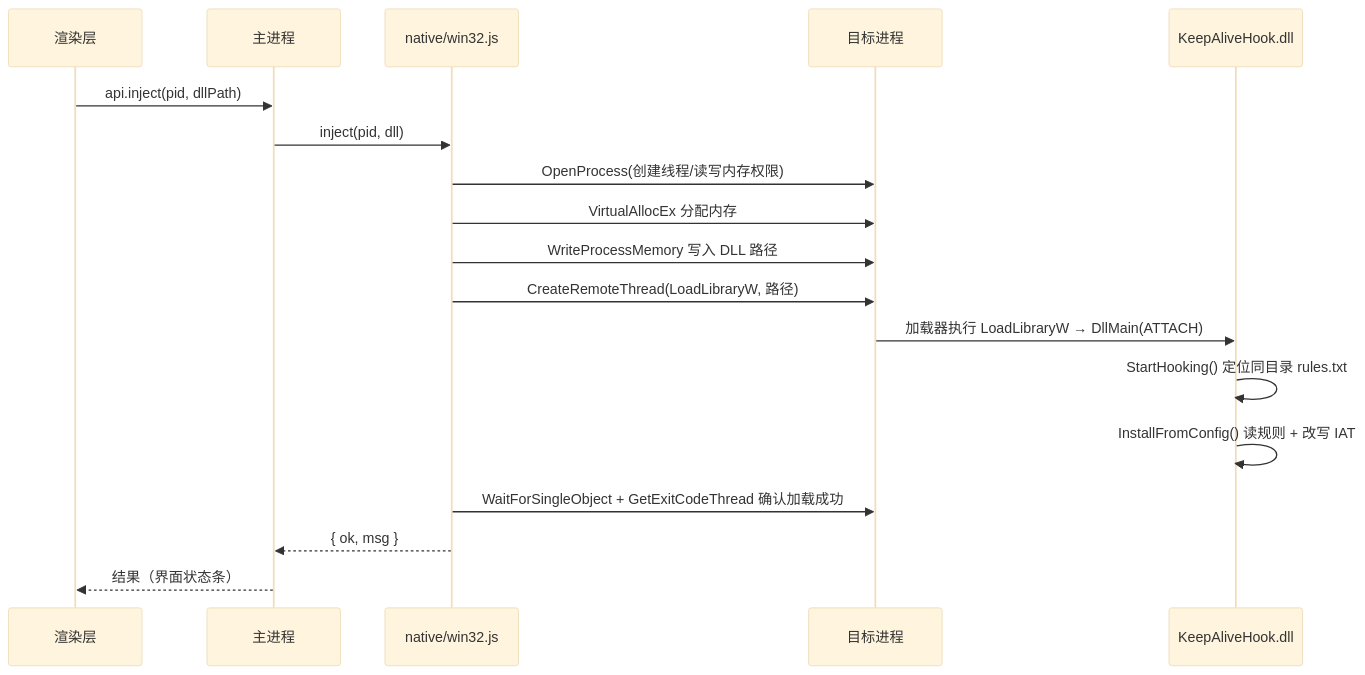
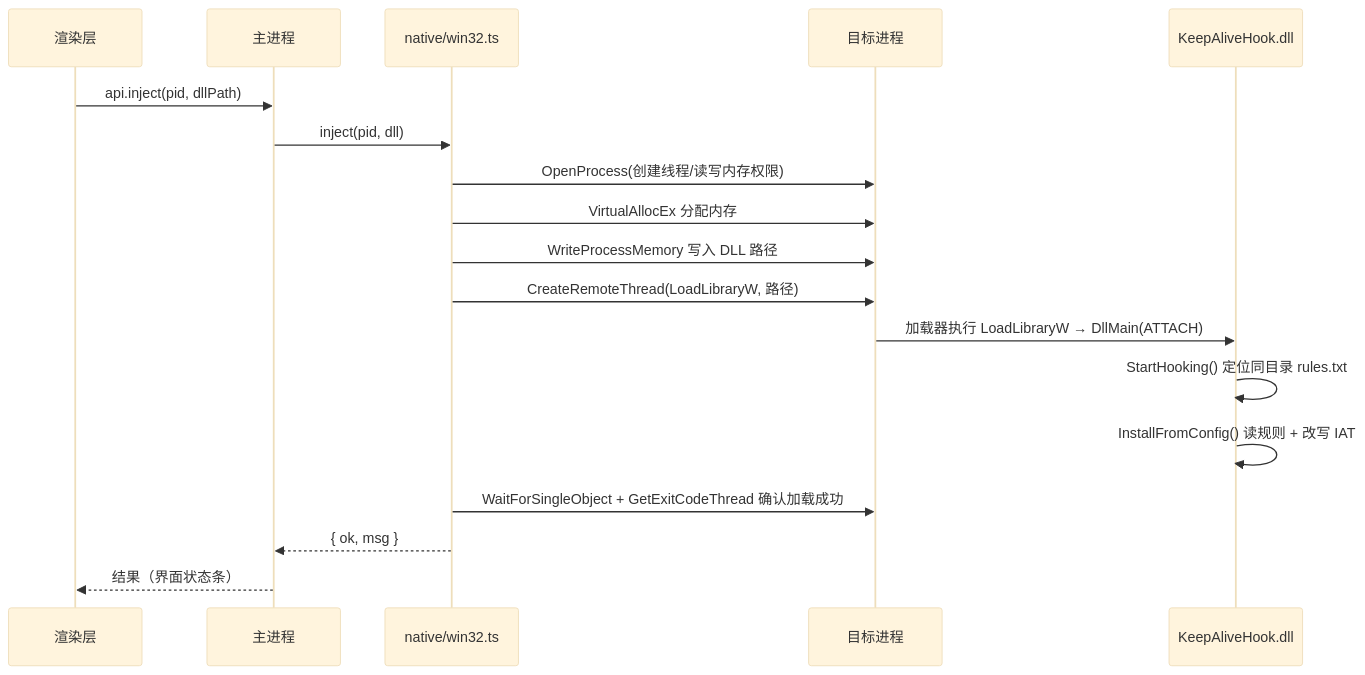
One commit to sjatsh/de-anti-capture changed the third of 5 diagrams in docs/architecture.md. Above: the diagram before and after it, drawn with Mermaid (base theme). The commit also changed other lines of this file and 134 other files, not shown here.

````diff
--- a/docs/architecture.md
+++ b/docs/architecture.md
@@ -120,21 +120,21 @@
 ```mermaid
 sequenceDiagram
     participant UI as 渲染层
     participant M as 主进程
-    participant N as native/win32.js
+    participant N as native/win32.ts
     participant T as 目标进程
     participant D as KeepAliveHook.dll
 
     UI->>M: api.inject(pid, dllPath)
     M->>N: inject(pid, dll)
     N->>T: OpenProcess(创建线程/读写内存权限)
     N->>T: VirtualAllocEx 分配内存
     N->>T: WriteProcessMemory 写入 DLL 路径
     N->>T: CreateRemoteThread(LoadLibraryW, 路径)
     T->>D: 加载器执行 LoadLibraryW → DllMain(ATTACH)
     D->>D: StartHooking() 定位同目录 rules.txt
     D->>D: InstallFromConfig() 读规则 + 改写 IAT
     N->>T: WaitForSingleObject + GetExitCodeThread 确认加载成功
     N-->>M: { ok, msg }
     M-->>UI: 结果（界面状态条）
 ```
````
